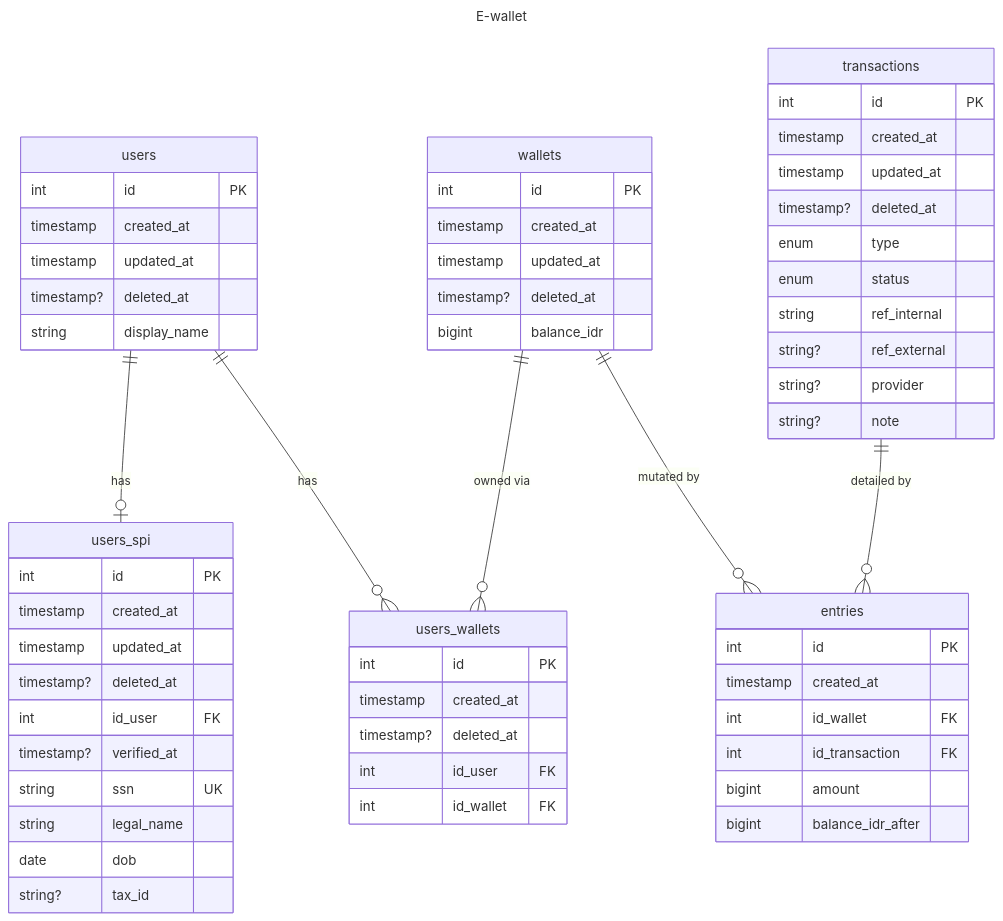
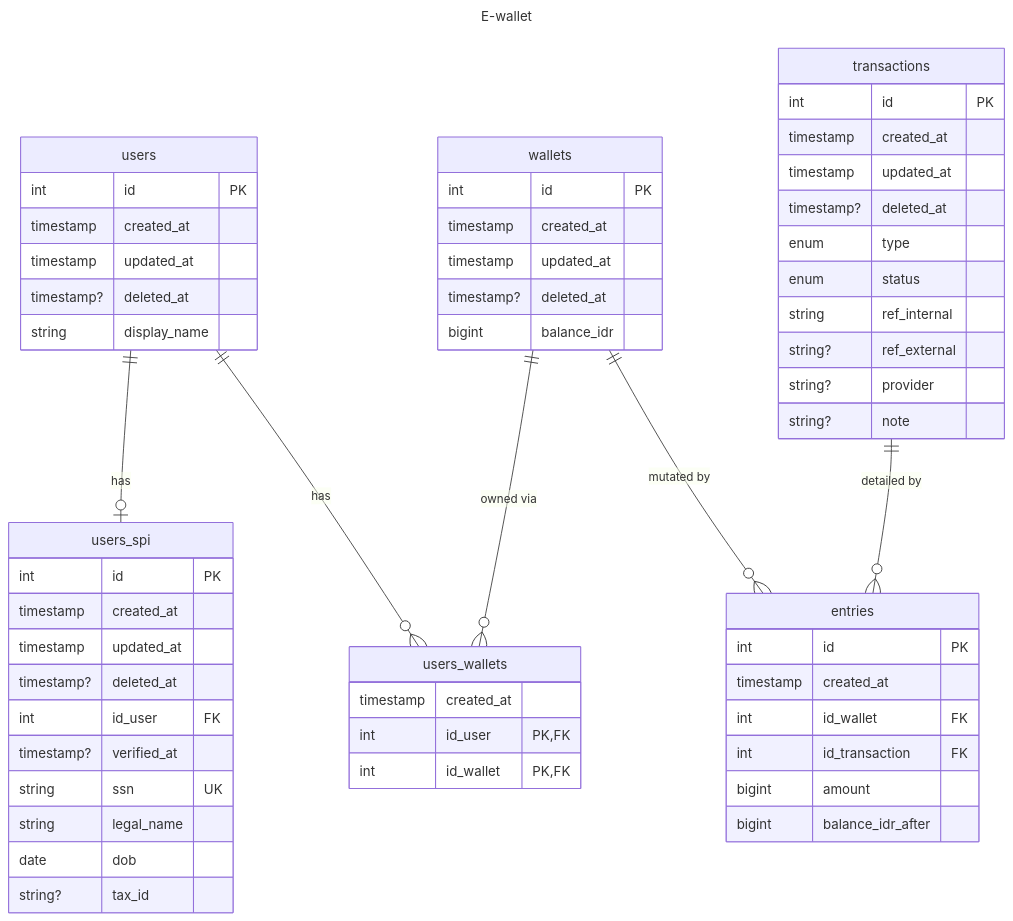
One commit to ryansuhartanto/koda-b8-ewallet-cli changed the diagram in README.md. Above: the diagram before and after it, drawn with Mermaid. The commit also changed 2 other files, not shown here.

Commit message:
fix: composite key

```diff
--- a/README.md
+++ b/README.md
@@ -54,13 +54,10 @@
 }
 
 users_wallets {
-    int id PK
+    timestamp  created_at
 
-    timestamp  created_at
-    timestamp? deleted_at
-
-    int id_user   FK
-    int id_wallet FK
+    int id_user   PK,FK
+    int id_wallet PK,FK
 }
 
 transactions {
```
